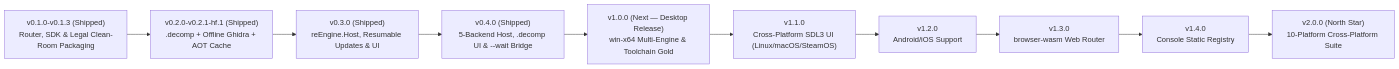
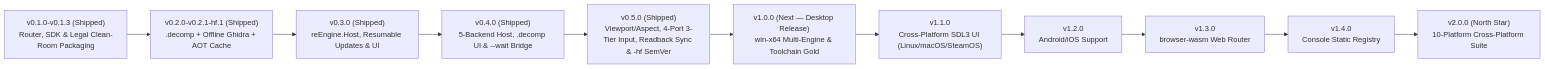
Before and after one commit to StreamItAllGit/reEngine: the diagram in ROADMAP.md, drawn with Mermaid. The commit also changed other lines of this file and 70 other files, not shown here.

Commit message:
Release v0.5.0: HostViewportGeometry, 4-port 3-tier input, GL readback sync, -hf SemVer & 3-way routing

````diff
--- a/ROADMAP.md
+++ b/ROADMAP.md
@@ -24,12 +24,13 @@
 ```mermaid
 flowchart LR
     V01["v0.1.0-v0.1.3 (Shipped)\nRouter, SDK & Legal Clean-Room Packaging"] --> V02["v0.2.0-v0.2.1-hf.1 (Shipped)\n.decomp + Offline Ghidra + AOT Cache"]
     V02 --> V03["v0.3.0 (Shipped)\nreEngine.Host, Resumable Updates & UI"]
     V03 --> V04["v0.4.0 (Shipped)\n5-Backend Host, .decomp UI & --wait Bridge"]
-    V04 --> V10["v1.0.0 (Next — Desktop Release)\nwin-x64 Multi-Engine & Toolchain Gold"]
+    V04 --> V05["v0.5.0 (Shipped)\nViewport/Aspect, 4-Port 3-Tier Input, Readback Sync & -hf SemVer"]
+    V05 --> V10["v1.0.0 (Next — Desktop Release)\nwin-x64 Multi-Engine & Toolchain Gold"]
     V10 --> V11["v1.1.0\nCross-Platform SDL3 UI (Linux/macOS/SteamOS)"]
     V11 --> V12["v1.2.0\nAndroid/iOS Support"]
     V12 --> V13["v1.3.0\nbrowser-wasm Web Router"]
     V13 --> V14["v1.4.0\nConsole Static Registry"]
     V14 --> V20["v2.0.0 (North Star)\n10-Platform Cross-Platform Suite"]
 ```
````
